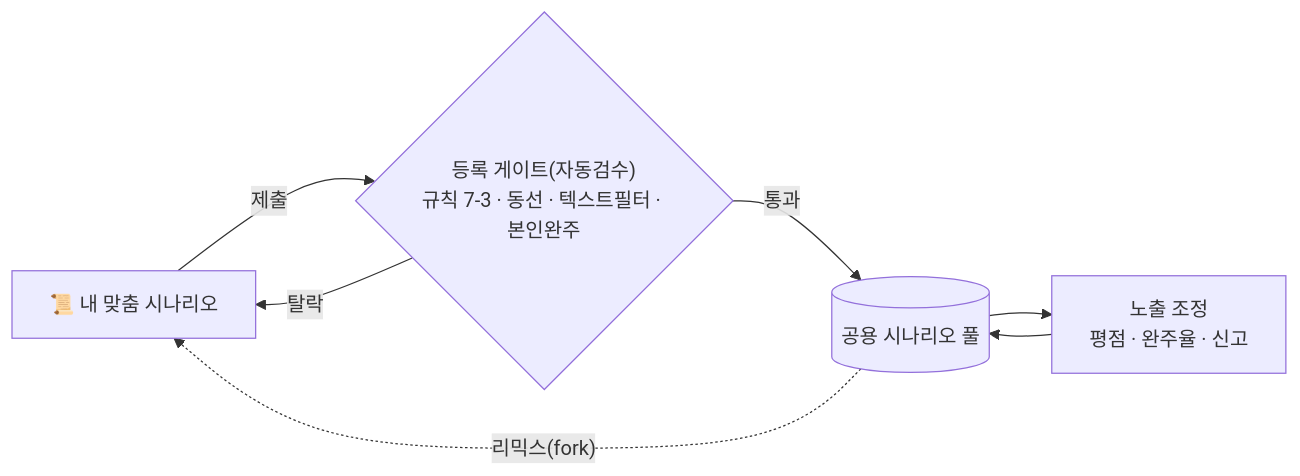
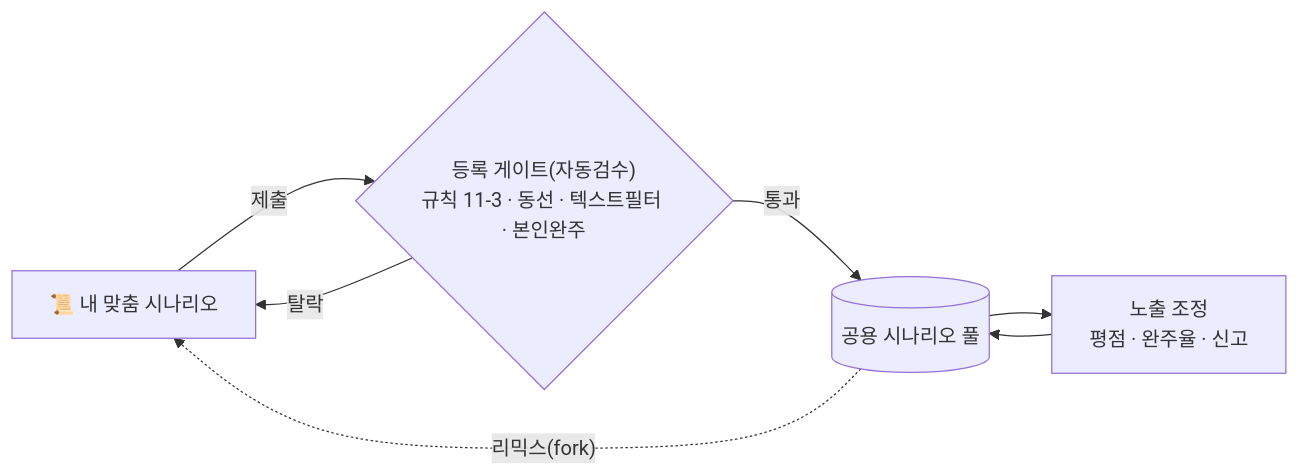
One commit to 2026-genai-ar-tourism-data-rpg/.github changed the eighth of 12 diagrams in report/아키텍처_파이프라인.md. Above: the diagram before and after it, drawn with Mermaid. The commit also changed other lines of this file and 2 other files, not shown here.

````diff
--- a/report/아키텍처_파이프라인.md
+++ b/report/아키텍처_파이프라인.md
@@ -177,13 +381,13 @@
 ```mermaid
 flowchart LR
     My["📜 내 맞춤 시나리오"]
-    Gate{"등록 게이트(자동검수)<br/>규칙 7-3 · 동선 · 텍스트필터 · 본인완주"}
+    Gate{"등록 게이트(자동검수)<br/>규칙 11-3 · 동선 · 텍스트필터 · 본인완주"}
     Pool[("공용 시나리오 풀")]
     Rank["노출 조정<br/>평점 · 완주율 · 신고"]
 
     My -->|제출| Gate
     Gate -->|통과| Pool
     Gate -->|탈락| My
     Pool --> Rank --> Pool
     Pool -.리믹스(fork).-> My
 ```
````
